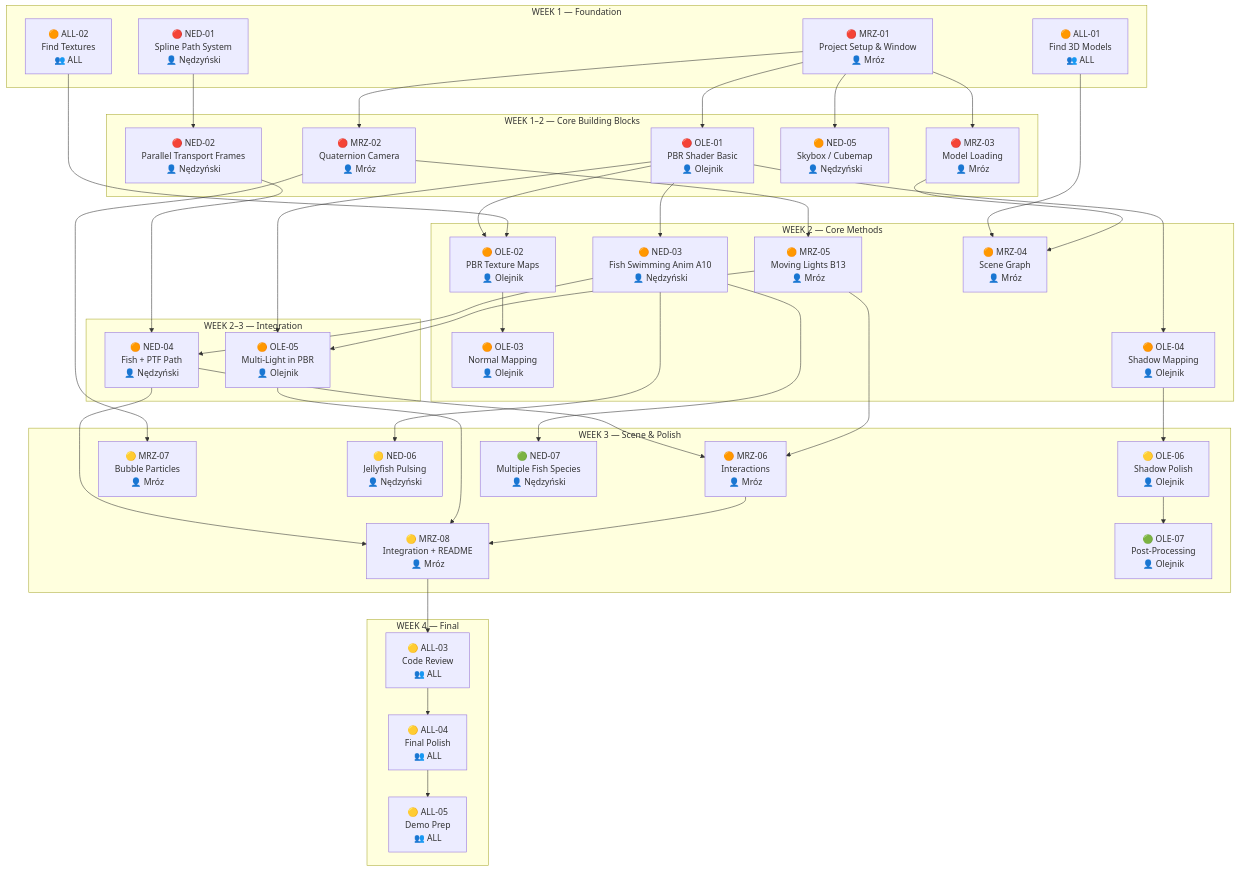
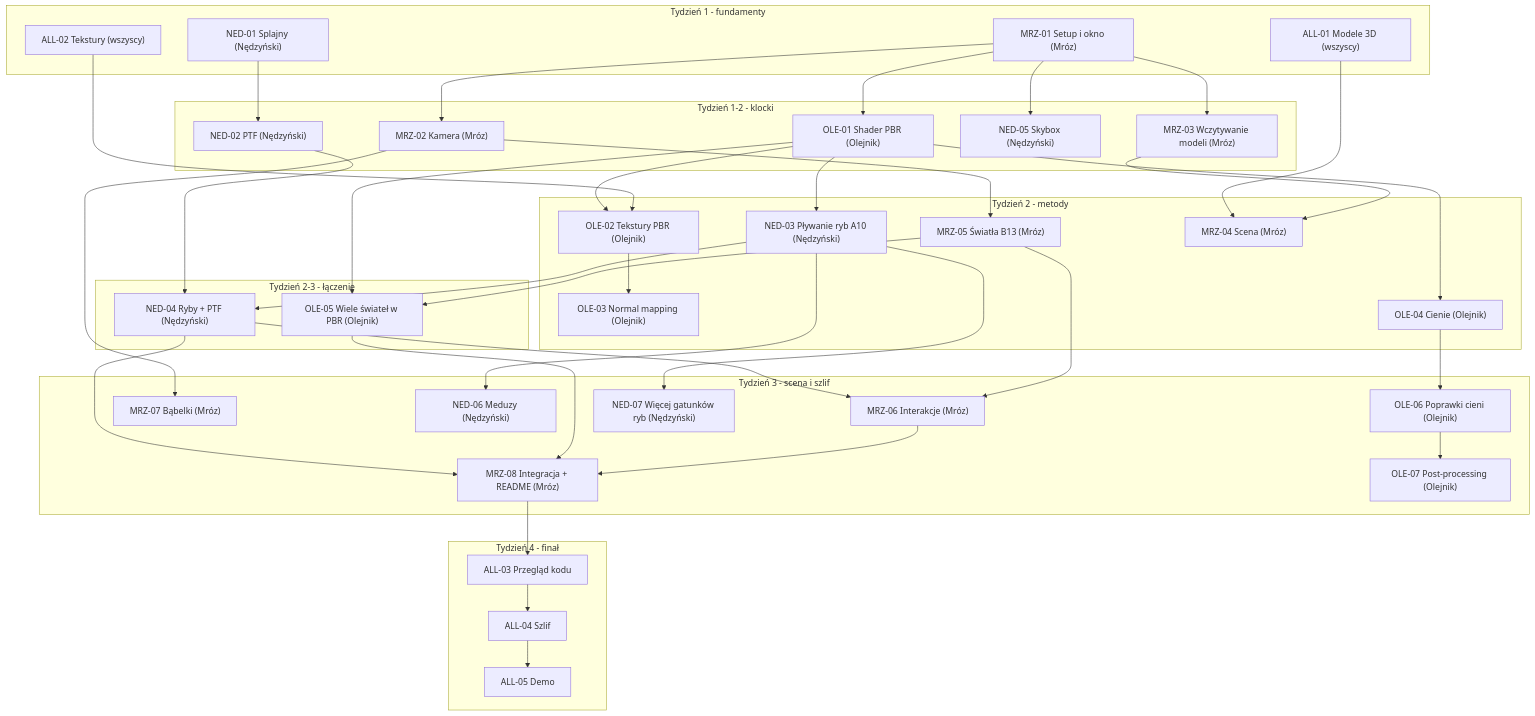
The diagram in TIMELINE.md (Frothar/reef-of-the-lost-diver), drawn with Mermaid before and after one commit. The commit also changed other lines of this file and 3 other files, not shown here.

Commit message:
docs: dokumentacja po polsku, luzniejszy ton (README, TASKS, TIMELINE, BUILD)

````diff
--- a/TIMELINE.md
+++ b/TIMELINE.md
@@ -10,86 +8,77 @@
 ```mermaid
 graph TD
-    subgraph "WEEK 1 — Foundation"
-        MRZ01["🔴 MRZ-01<br/>Project Setup & Window<br/>👤 Mróz"]
-        ALL01["🟠 ALL-01<br/>Find 3D Models<br/>👥 ALL"]
-        ALL02["🟠 ALL-02<br/>Find Textures<br/>👥 ALL"]
-        NED01["🔴 NED-01<br/>Spline Path System<br/>👤 Nędzyński"]
+    subgraph "Tydzień 1 - fundamenty"
+        MRZ01["MRZ-01 Setup i okno (Mróz)"]
+        ALL01["ALL-01 Modele 3D (wszyscy)"]
+        ALL02["ALL-02 Tekstury (wszyscy)"]
+        NED01["NED-01 Splajny (Nędzyński)"]
     end
 
-    subgraph "WEEK 1–2 — Core Building Blocks"
-        MRZ02["🔴 MRZ-02<br/>Quaternion Camera<br/>👤 Mróz"]
-        MRZ03["🔴 MRZ-03<br/>Model Loading<br/>👤 Mróz"]
-        OLE01["🔴 OLE-01<br/>PBR Shader Basic<br/>👤 Olejnik"]
-        NED05["🟠 NED-05<br/>Skybox / Cubemap<br/>👤 Nędzyński"]
-        NED02["🔴 NED-02<br/>Parallel Transport Frames<br/>👤 Nędzyński"]
+    subgraph "Tydzień 1-2 - klocki"
+        MRZ02["MRZ-02 Kamera (Mróz)"]
+        MRZ03["MRZ-03 Wczytywanie modeli (Mróz)"]
+        OLE01["OLE-01 Shader PBR (Olejnik)"]
+        NED05["NED-05 Skybox (Nędzyński)"]
+        NED02["NED-02 PTF (Nędzyński)"]
     end
 
-    subgraph "WEEK 2 — Core Methods"
-        OLE02["🟠 OLE-02<br/>PBR Texture Maps<br/>👤 Olejnik"]
-        OLE03["🟠 OLE-03<br/>Normal Mapping<br/>👤 Olejnik"]
-        OLE04["🟠 OLE-04<br/>Shadow Mapping<br/>👤 Olejnik"]
-        NED03["🟠 NED-03<br/>Fish Swimming Anim A10<br/>👤 Nędzyński"]
-        MRZ05["🟠 MRZ-05<br/>Moving Lights B13<br/>👤 Mróz"]
-        MRZ04["🟠 MRZ-04<br/>Scene Graph<br/>👤 Mróz"]
+    subgraph "Tydzień 2 - metody"
+        OLE02["OLE-02 Tekstury PBR (Olejnik)"]
+        OLE03["OLE-03 Normal mapping (Olejnik)"]
+        OLE04["OLE-04 Cienie (Olejnik)"]
+        NED03["NED-03 Pływanie ryb A10 (Nędzyński)"]
+        MRZ05["MRZ-05 Światła B13 (Mróz)"]
+        MRZ04["MRZ-04 Scena (Mróz)"]
     end
 
-    subgraph "WEEK 2–3 — Integration"
-        OLE05["🟠 OLE-05<br/>Multi-Light in PBR<br/>👤 Olejnik"]
-        NED04["🟠 NED-04<br/>Fish + PTF Path<br/>👤 Nędzyński"]
+    subgraph "Tydzień 2-3 - łączenie"
+        OLE05["OLE-05 Wiele świateł w PBR (Olejnik)"]
+        NED04["NED-04 Ryby + PTF (Nędzyński)"]
     end
 
-    subgraph "WEEK 3 — Scene & Polish"
-        MRZ06["🟠 MRZ-06<br/>Interactions<br/>👤 Mróz"]
-        MRZ07["🟡 MRZ-07<br/>Bubble Particles<br/>👤 Mróz"]
-        MRZ08["🟡 MRZ-08<br/>Integration + README<br/>👤 Mróz"]
-        NED06["🟡 NED-06<br/>Jellyfish Pulsing<br/>👤 Nędzyński"]
-        OLE06["🟡 OLE-06<br/>Shadow Polish<br/>👤 Olejnik"]
-        OLE07["🟢 OLE-07<br/>Post-Processing<br/>👤 Olejnik"]
-        NED07["🟢 NED-07<br/>Multiple Fish Species<br/>👤 Nędzyński"]
+    subgraph "Tydzień 3 - scena i szlif"
+        MRZ06["MRZ-06 Interakcje (Mróz)"]
+        MRZ07["MRZ-07 Bąbelki (Mróz)"]
+        MRZ08["MRZ-08 Integracja + README (Mróz)"]
+        NED06["NED-06 Meduzy (Nędzyński)"]
+        OLE06["OLE-06 Poprawki cieni (Olejnik)"]
+        OLE07["OLE-07 Post-processing (Olejnik)"]
+        NED07["NED-07 Więcej gatunków ryb (Nędzyński)"]
     end
 
-    subgraph "WEEK 4 — Final"
-        ALL03["🟡 ALL-03<br/>Code Review<br/>👥 ALL"]
-        ALL04["🟡 ALL-04<br/>Final Polish<br/>👥 ALL"]
-        ALL05["🟡 ALL-05<br/>Demo Prep<br/>👥 ALL"]
+    subgraph "Tydzień 4 - finał"
+        ALL03["ALL-03 Przegląd kodu"]
+        ALL04["ALL-04 Szlif"]
+        ALL05["ALL-05 Demo"]
     end
 
-    %% Dependencies
     MRZ01 --> MRZ02
     MRZ01 --> MRZ03
     MRZ01 --> OLE01
     MRZ01 --> NED05
-
     NED01 --> NED02
-
     MRZ02 --> MRZ05
     MRZ02 --> MRZ07
     MRZ03 --> MRZ04
     ALL01 --> MRZ04
     ALL02 --> OLE02
-
     OLE01 --> OLE02
     OLE01 --> OLE04
     OLE01 --> NED03
     OLE02 --> OLE03
-
     NED02 --> NED04
     NED03 --> NED04
     NED03 --> NED06
     NED03 --> NED07
-
     MRZ05 --> OLE05
     OLE01 --> OLE05
     MRZ05 --> MRZ06
     NED04 --> MRZ06
-
     OLE04 --> OLE06
     OLE06 --> OLE07
-
     MRZ06 --> MRZ08
     OLE05 --> MRZ08
     NED04 --> MRZ08
-
     MRZ08 --> ALL03
     ALL03 --> ALL04
     ALL04 --> ALL05
````
